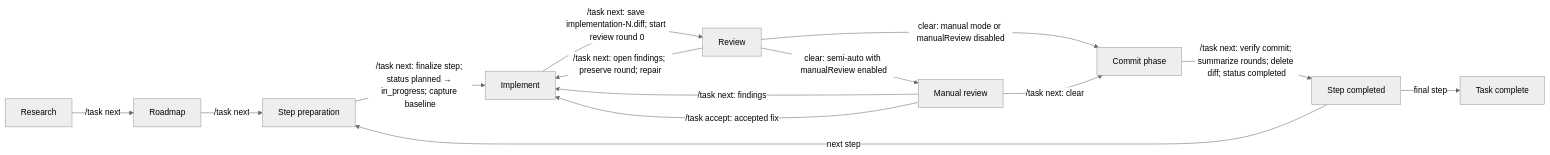
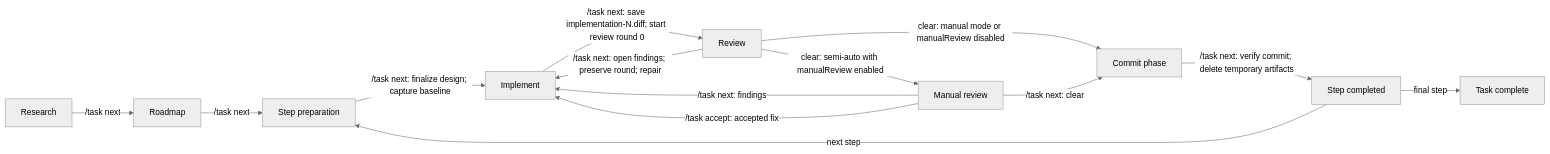
One commit to vladimir-popov/dotfiles changed the diagram in .pi/agent/extensions/task-workflow/README.md. Above: the diagram before and after it, drawn with Mermaid (neutral theme). The commit also changed other lines of this file and 2 other files, not shown here.

First line of the commit message:
Allow task artifact editing in every workflow phase

````diff
--- a/.pi/agent/extensions/task-workflow/README.md
+++ b/.pi/agent/extensions/task-workflow/README.md
@@ -32,16 +32,16 @@
 ```mermaid
 flowchart LR
     A["Research"] -->|/task next| B["Roadmap"]
     B -->|/task next| C["Step preparation"]
-    C -->|/task next: finalize step; status planned → in_progress; capture baseline| D["Implement"]
+    C -->|/task next: finalize design; capture baseline| D["Implement"]
     D -->|/task next: save implementation-N.diff; start review round 0| E["Review"]
     E -->|/task next: open findings; preserve round; repair| D
     E -->|clear: semi-auto with manualReview enabled| F["Manual review"]
     E -->|clear: manual mode or manualReview disabled| G["Commit phase"]
     F -->|/task next: findings| D
     F -->|/task accept: accepted fix| D
     F -->|/task next: clear| G
-    G -->|/task next: verify commit; summarize rounds; delete diff; status completed| H["Step completed"]
+    G -->|/task next: verify commit; delete temporary artifacts| H["Step completed"]
     H -->|next step| C
     H -->|final step| I["Task complete"]
 ```
````
